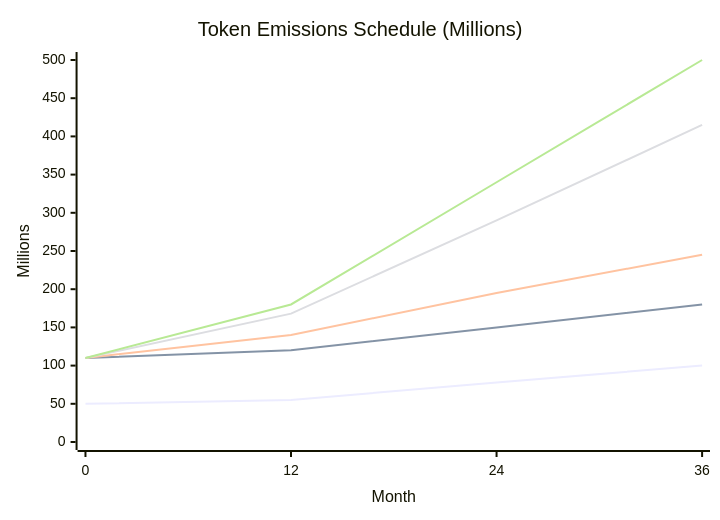
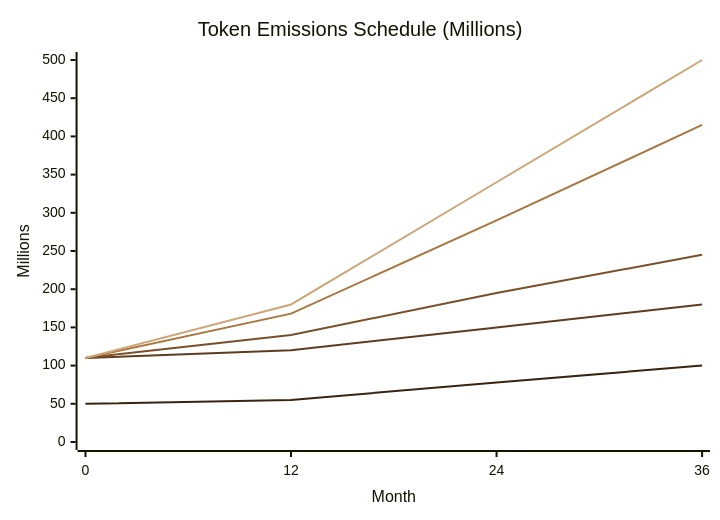
Before and after one commit to berachain/docs: the second of 2 diagrams in general/tokens/bera.mdx, drawn with Mermaid.

Commit message:
Updated mintlify pages
- Updated general/tokens/bera.mdx

Mintlify-Source: dashboard-editor

````diff
--- a/general/tokens/bera.mdx
+++ b/general/tokens/bera.mdx
@@ -89,11 +89,12 @@
 ```mermaid actions={true}
+%%{init: {'theme':'base', 'themeVariables': {'xyChart': {'plotColorPalette': '#3a2410, #5e3d1f, #7a4f28, #a9763f, #cda678'}}}}%%
 xychart-beta
     title "Token Emissions Schedule (Millions)"
     x-axis "Month" [0, 12, 24, 36]
     y-axis "Millions" 0 --> 500
     line [50, 55, 78, 100]
     line [110, 120, 150, 180]
     line [110, 140, 195, 245]
     line [110, 168, 290, 415]
     line [110, 180, 340, 500]
 ```
````
